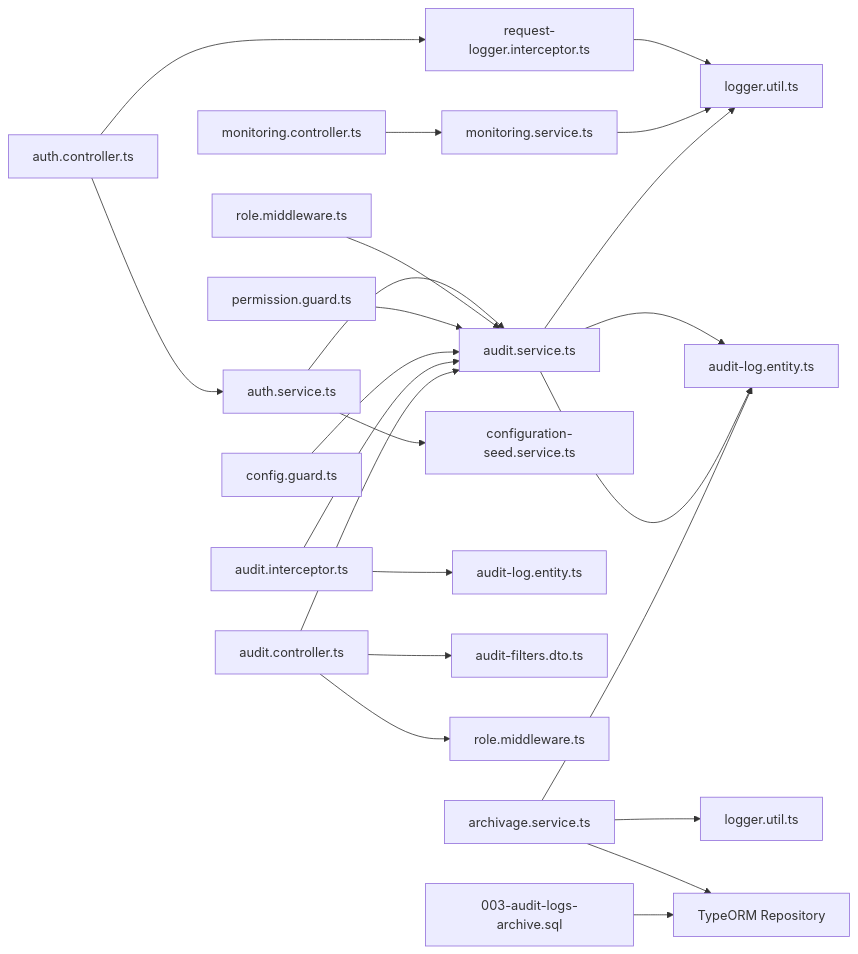
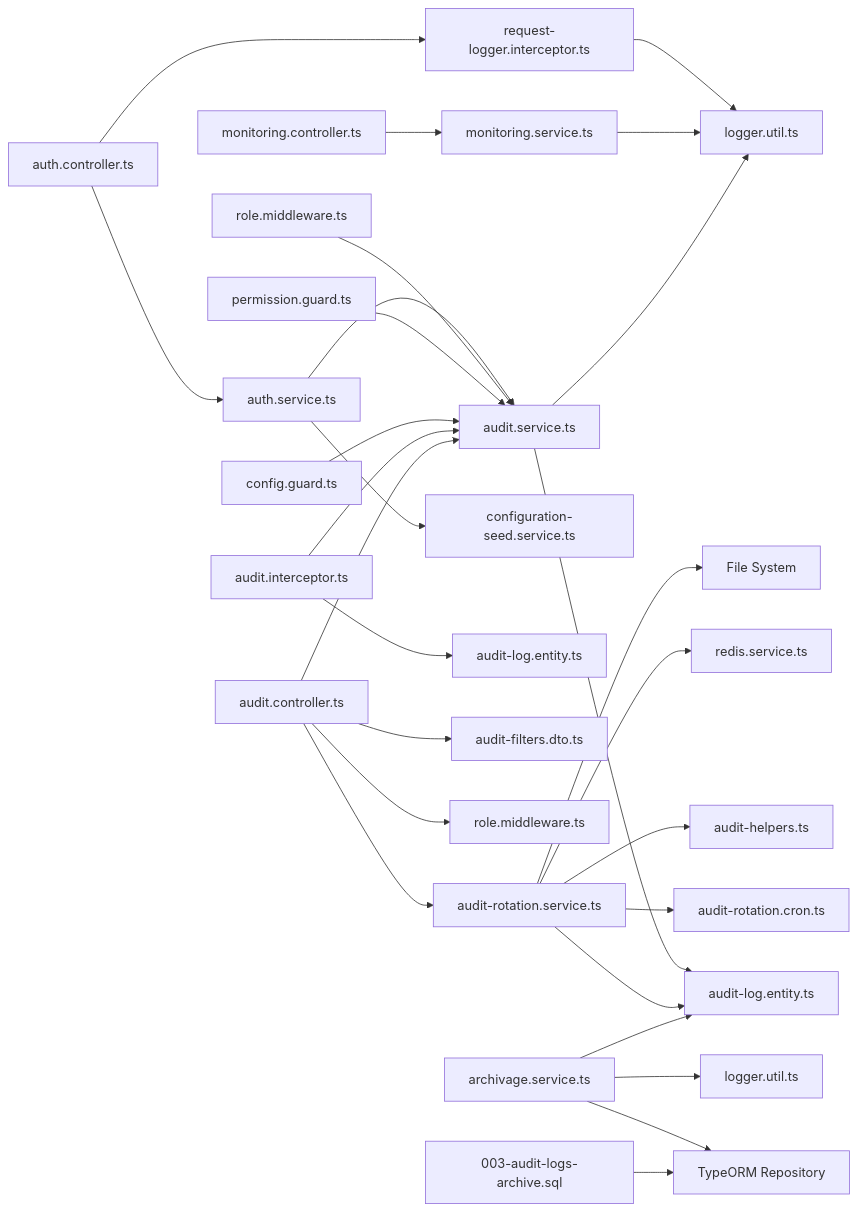
Diagram 13 of 13 in .qoder/repowiki/en/content/Authentication & Authorization/Audit Logging & Monitoring.md (franckylab/eLISAschool), drawn with Mermaid before and after one commit. The commit also changed other lines of this file and 174 other files, not shown here.

````diff
--- a/.qoder/repowiki/en/content/Authentication & Authorization/Audit Logging & Monitoring.md
+++ b/.qoder/repowiki/en/content/Authentication & Authorization/Audit Logging & Monitoring.md
@@ -676,25 +794,30 @@
 ```mermaid
 graph LR
 AuthCtrl["auth.controller.ts"] --> AuthService["auth.service.ts"]
 AuthService --> AuditSvc["audit.service.ts"]
 AuditSvc --> AuditLog["audit-log.entity.ts"]
 AuthCtrl --> ReqLogger["request-logger.interceptor.ts"]
 ReqLogger --> Winston["logger.util.ts"]
 MonCtrl["monitoring.controller.ts"] --> MonSvc["monitoring.service.ts"]
 MonSvc --> Winston
 RoleMW["role.middleware.ts"] --> AuditSvc
 PermGUARD["permission.guard.ts"] --> AuditSvc
 ConfigGUARD["config.guard.ts"] --> AuditSvc
 AuthService --> ConfigSeed["configuration-seed.service.ts"]
 AuditInt["audit.interceptor.ts"] --> AuditSvc
 AuditInt --> AuditAction["audit-log.entity.ts"]
 AuditCtrl["audit.controller.ts"] --> AuditSvc
 AuditCtrl --> AuditFilters["audit-filters.dto.ts"]
 AuditCtrl --> RoleGuard["role.middleware.ts"]
-AuditSvc --> AuditLog
+AuditCtrl --> AuditRot["audit-rotation.service.ts"]
+AuditRot --> AuditLog
+AuditRot --> CronJob["audit-rotation.cron.ts"]
+AuditRot --> Helpers["audit-helpers.ts"]
+AuditRot --> Redis["redis.service.ts"]
+AuditRot --> FS["File System"]
 AuditSvc --> Winston
 ArchivageSvc["archivage.service.ts"] --> AuditLog
 ArchivageSvc --> AuditRepo["TypeORM Repository"]
 ArchivageSvc --> Logger["logger.util.ts"]
 MIG["003-audit-logs-archive.sql"] --> AuditRepo
 ```
````
